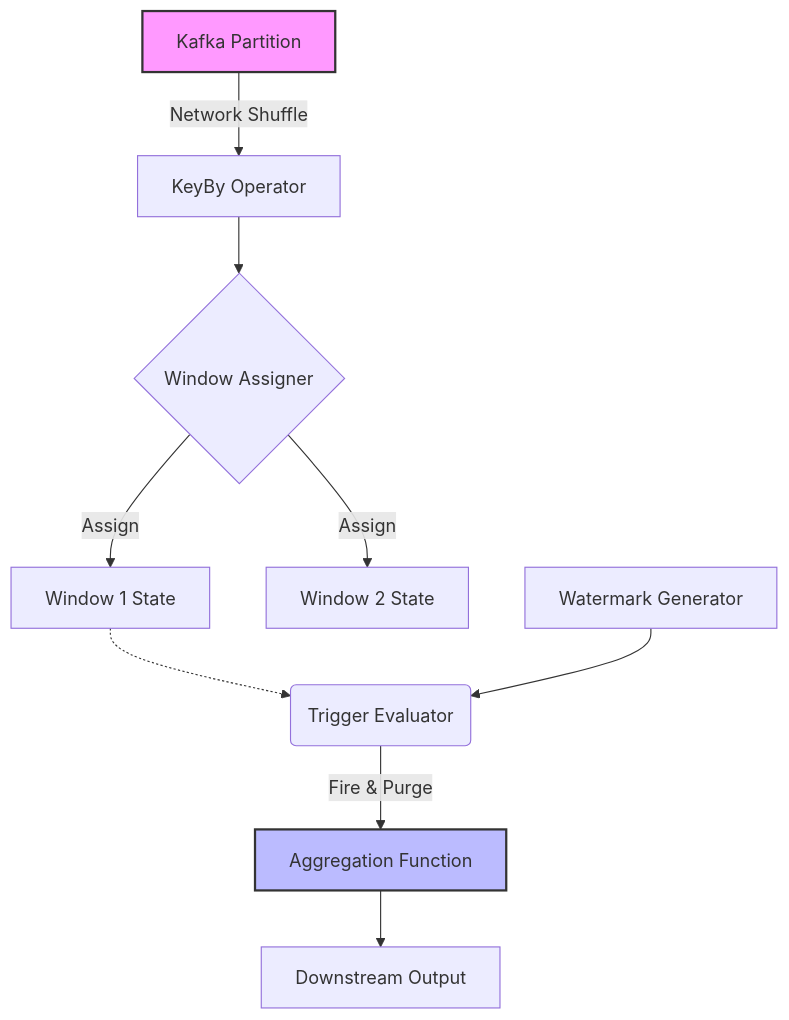
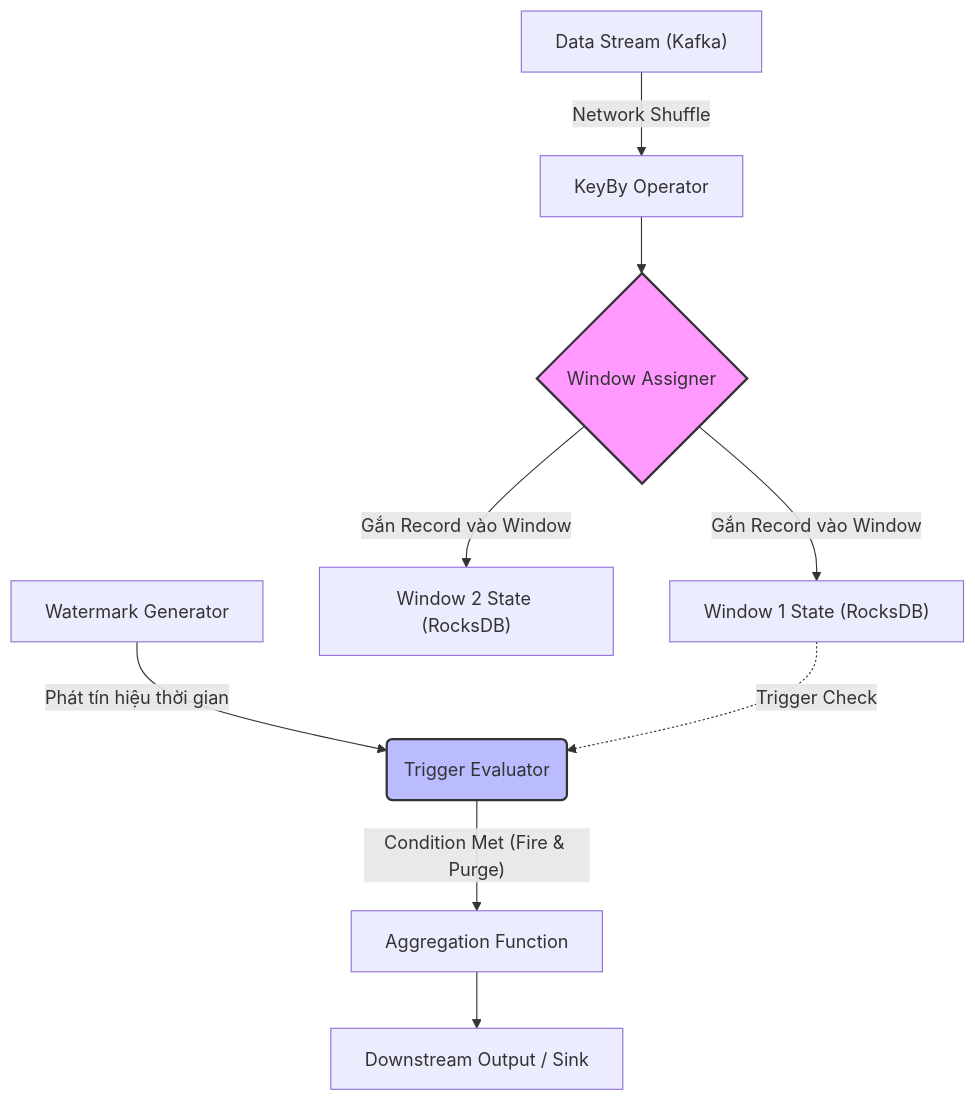
The diagram in src/content/docs/concepts/5-stream-processing-realtime/windowing.md (kythuatdulieu/kythuatdulieu.github.io), drawn with Mermaid before and after one commit. The commit also changed other lines of this file and 228 other files, not shown here.

Commit message:
Fix syntax and rewrite 200+ concepts docs to deep-dive system architecture and add GA4 tracking to quiz app

````diff
--- a/src/content/docs/concepts/5-stream-processing-realtime/windowing.md
+++ b/src/content/docs/concepts/5-stream-processing-realtime/windowing.md
@@ -28,14 +22,17 @@
 ```mermaid
 graph TD
-    A["Kafka Partition"] -->|Network Shuffle| B["KeyBy Operator"]
+    A["Data Stream (Kafka)"] -->|Network Shuffle| B["KeyBy Operator"]
     B --> C{"Window Assigner"}
-    C -->|Assign| D1["Window 1 State"]
-    C -->|Assign| D2["Window 2 State"]
-    D1 -.-> E("Trigger Evaluator")
-    E -->|Fire & Purge| F["Aggregation Function"]
-    F --> G["Downstream Output"]
-    H["Watermark Generator"] --> E
     
-    style A fill:#f9f,stroke:#333,stroke-width:2px
-    style F fill:#bbf,stroke:#333,stroke-width:2px
+    C -->|Gắn Record vào Window| D1["Window 1 State (RocksDB)"]
+    C -->|Gắn Record vào Window| D2["Window 2 State (RocksDB)"]
+    
+    H["Watermark Generator"] -->|Phát tín hiệu thời gian| E
+    D1 -.->|Trigger Check| E("Trigger Evaluator")
+    
+    E -->|"Condition Met (Fire & Purge)"| F["Aggregation Function"]
+    F --> G["Downstream Output / Sink"]
+    
+    style C fill:#f9f,stroke:#333,stroke-width:2px
+    style E fill:#bbf,stroke:#333,stroke-width:2px
 ```
````
